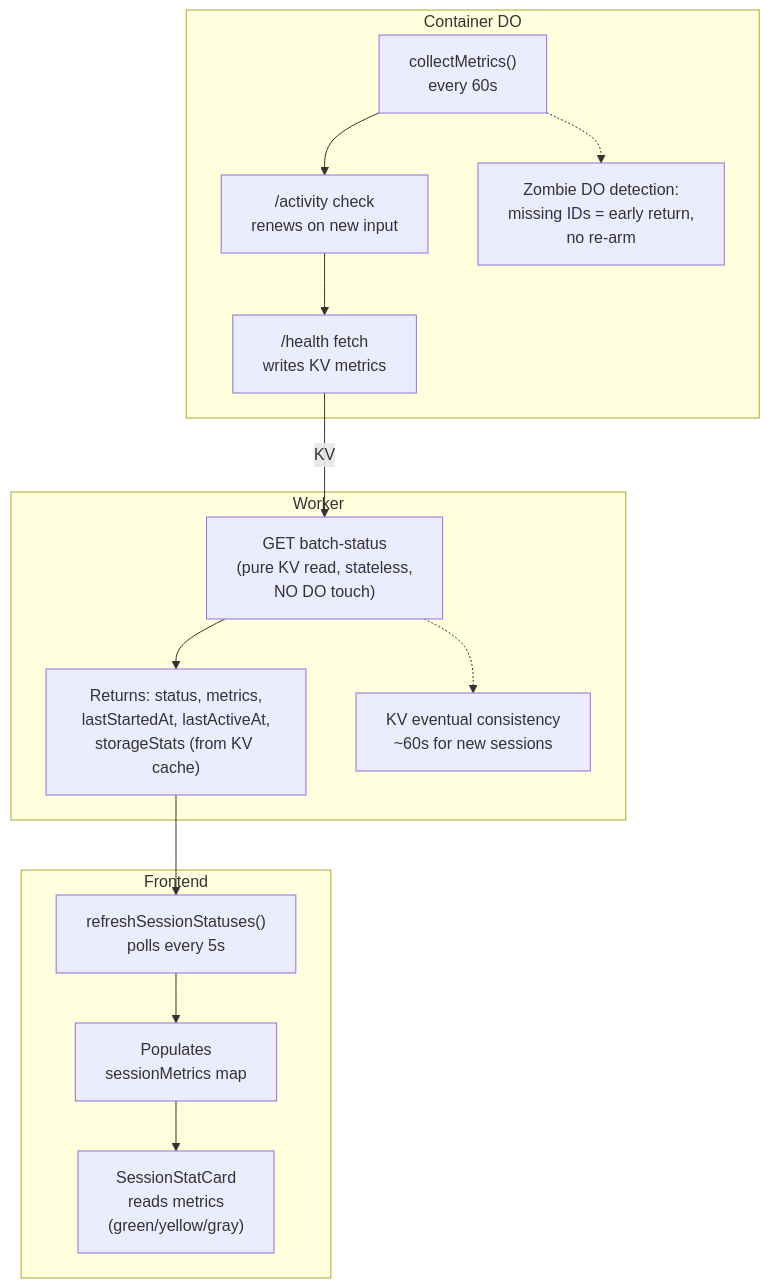
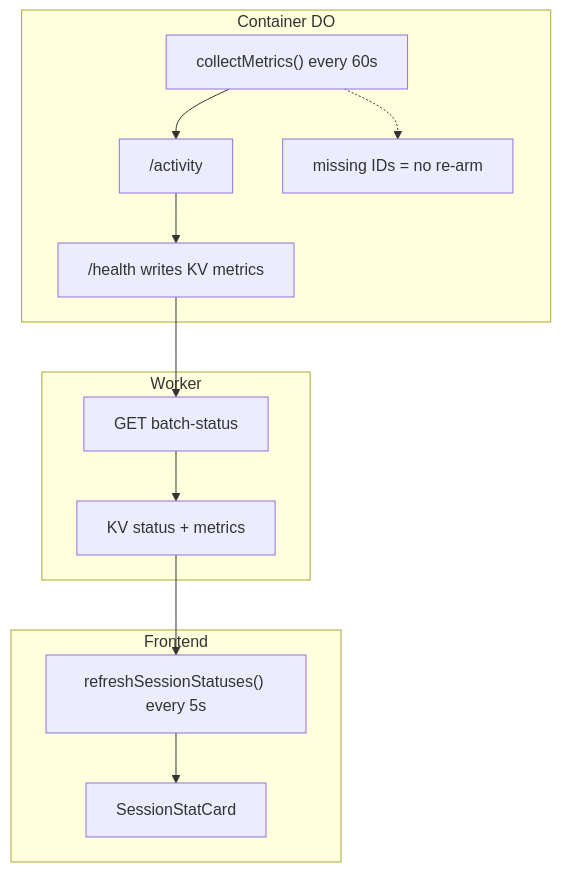
Before and after one commit to nikolanovoselec/codeflare: the seventh of 10 diagrams in documentation/lanes/architecture.md, drawn with Mermaid. The commit also changed other lines of this file and 139 other files, not shown here.

First line of the commit message:
chore: clean SDD specs and refresh graphify artifacts (#614)

````diff
--- a/documentation/lanes/architecture.md
+++ b/documentation/lanes/architecture.md
@@ -351,29 +376,16 @@
 ```mermaid
 flowchart TD
     subgraph ContainerDO["Container DO"]
-        A1["collectMetrics()<br/>every 60s"]
-        A2["/activity check<br/>renews on new input"]
-        A3["/health fetch<br/>writes KV metrics"]
-        A4["Zombie DO detection:<br/>missing IDs = early return,<br/>no re-arm"]
-        A1 --> A2 --> A3
-        A1 -.-> A4
+        A["collectMetrics() every 60s"] --> B["/activity"]
+        B --> C["/health writes KV metrics"]
+        A -.-> D["missing IDs = no re-arm"]
     end
-
     subgraph Worker["Worker"]
-        B1["GET batch-status<br/>(pure KV read, stateless,<br/>NO DO touch)"]
-        B2["Returns: status, metrics,<br/>lastStartedAt, lastActiveAt,<br/>storageStats (from KV cache)"]
-        B3["KV eventual consistency<br/>~60s for new sessions"]
-        B1 --> B2
-        B1 -.-> B3
+        E["GET batch-status"] --> F["KV status + metrics"]
     end
-
     subgraph Frontend["Frontend"]
-        C1["refreshSessionStatuses()<br/>polls every 5s"]
-        C2["Populates<br/>sessionMetrics map"]
-        C3["SessionStatCard<br/>reads metrics<br/>(green/yellow/gray)"]
-        C1 --> C2 --> C3
+        G["refreshSessionStatuses() every 5s"] --> H["SessionStatCard"]
     end
-
-    A3 -->|KV| B1
-    B2 --> C1
+    C --> E
+    F --> G
 ```
````
